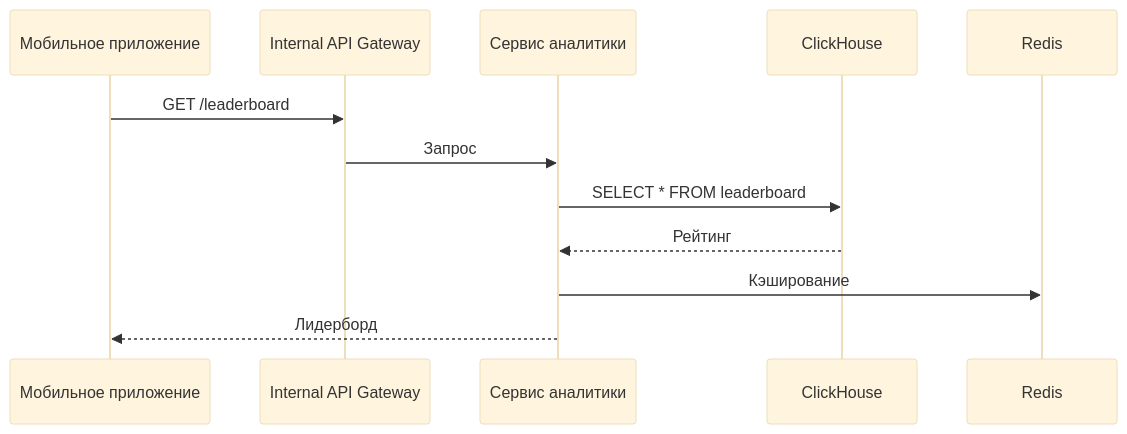
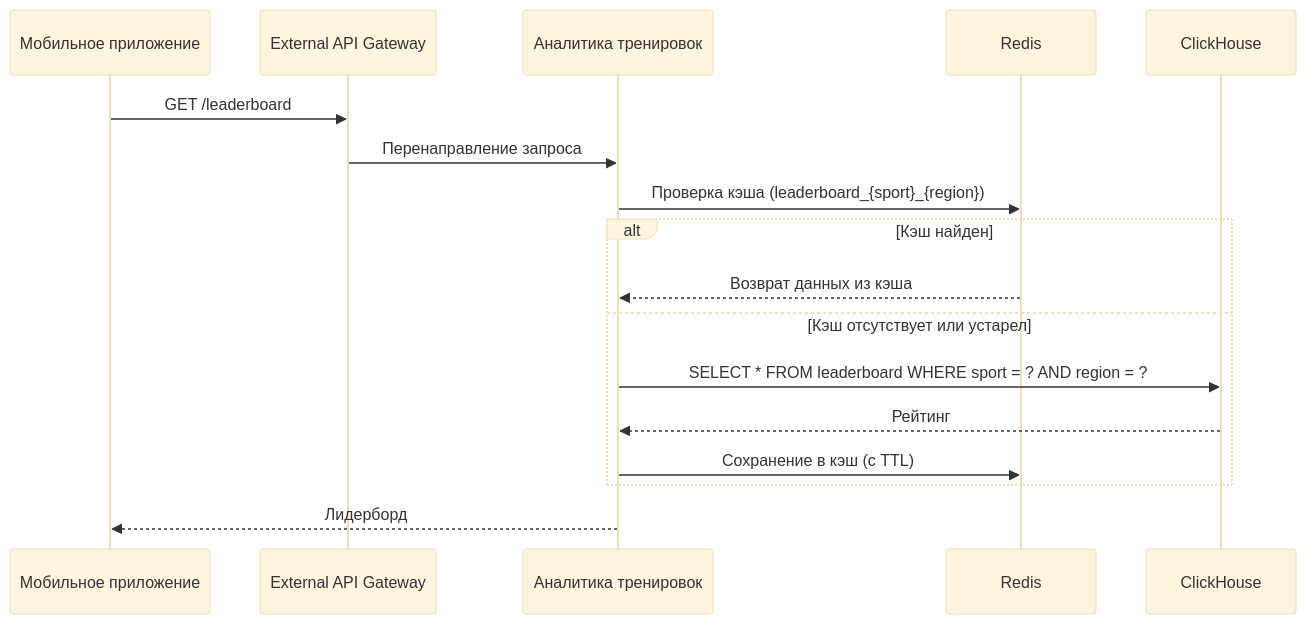
One commit to andreyantropov/architect-coursework changed the diagram in architecture/application-usage-scenarios/leaderboard-viewing.md. Above: the diagram before and after it, drawn with Mermaid (base theme). The commit also changed other lines of this file and 17 other files, not shown here.

````diff
--- a/architecture/application-usage-scenarios/leaderboard-viewing.md
+++ b/architecture/application-usage-scenarios/leaderboard-viewing.md
@@ -3,15 +3,20 @@
 ```mermaid
 sequenceDiagram
     participant M as Мобильное приложение
-    participant A as Internal API Gateway
-    participant AN as Сервис аналитики
+    participant A as External API Gateway
+    participant TA as Аналитика тренировок
+    participant C as Redis
     participant CH as ClickHouse
-    participant C as Redis
 
     M->>A: GET /leaderboard
-    A->>AN: Запрос
-    AN->>CH: SELECT * FROM leaderboard
-    CH-->>AN: Рейтинг
-    AN->>C: Кэширование
-    AN-->>M: Лидерборд
+    A->>TA: Перенаправление запроса
+    TA->>C: Проверка кэша (leaderboard_{sport}_{region})
+    alt Кэш найден
+        C-->>TA: Возврат данных из кэша
+    else Кэш отсутствует или устарел
+        TA->>CH: SELECT * FROM leaderboard WHERE sport = ? AND region = ?
+        CH-->>TA: Рейтинг
+        TA->>C: Сохранение в кэш (с TTL)
+    end
+    TA-->>M: Лидерборд
 ```
````
